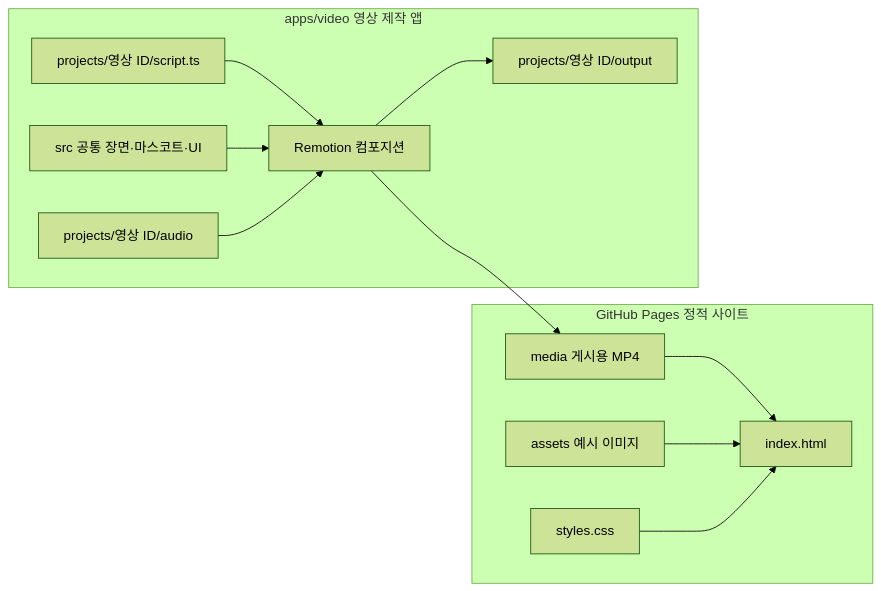
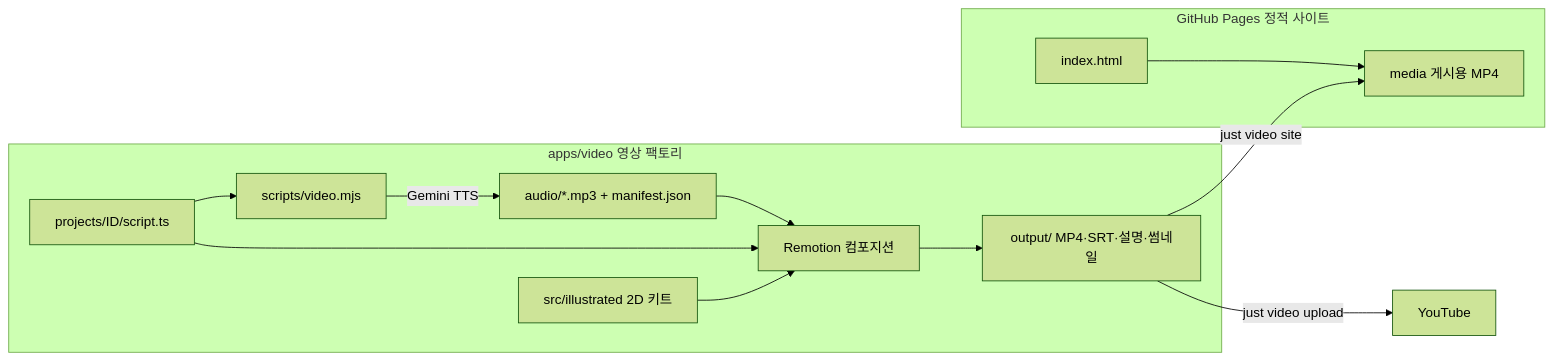
Before and after one commit to savvy773/prism-platform-site: the diagram in docs/ARCHITECTURE.md, drawn with Mermaid (forest theme). The commit also changed other lines of this file and 113 other files, not shown here.

First line of the commit message:
Turn apps/video into a script-driven Korean video factory

````diff
--- a/docs/ARCHITECTURE.md
+++ b/docs/ARCHITECTURE.md
@@ -5,24 +5,16 @@
 ```mermaid
 flowchart LR
   subgraph Page[GitHub Pages 정적 사이트]
-    HTML[index.html]
-    CSS[styles.css]
-    Asset[assets 예시 이미지]
-    Media[media 게시용 MP4]
+    HTML[index.html] --> Media[media 게시용 MP4]
   end
-  subgraph Video[apps/video 영상 제작 앱]
-    Script[projects/영상 ID/script.ts]
-    Audio[projects/영상 ID/audio]
-    Shared[src 공통 장면·마스코트·UI]
-    Render[Remotion 컴포지션]
-    Output[projects/영상 ID/output]
+  subgraph Factory[apps/video 영상 팩토리]
+    Script[projects/ID/script.ts] --> CLI[scripts/video.mjs]
+    CLI -->|Gemini TTS| Audio[audio/*.mp3 + manifest.json]
+    Audio --> Render[Remotion 컴포지션]
+    Script --> Render
+    Kit[src/illustrated 2D 키트] --> Render
+    Render --> Output[output/ MP4·SRT·설명·썸네일]
   end
-  Script --> Render
-  Shared --> Render
-  Audio --> Render
-  Render --> Output
-  Render --> Media
-  Media --> HTML
-  Asset --> HTML
-  CSS --> HTML
+  Output -->|just video upload| YouTube
+  Output -->|just video site| Media
 ```
````
